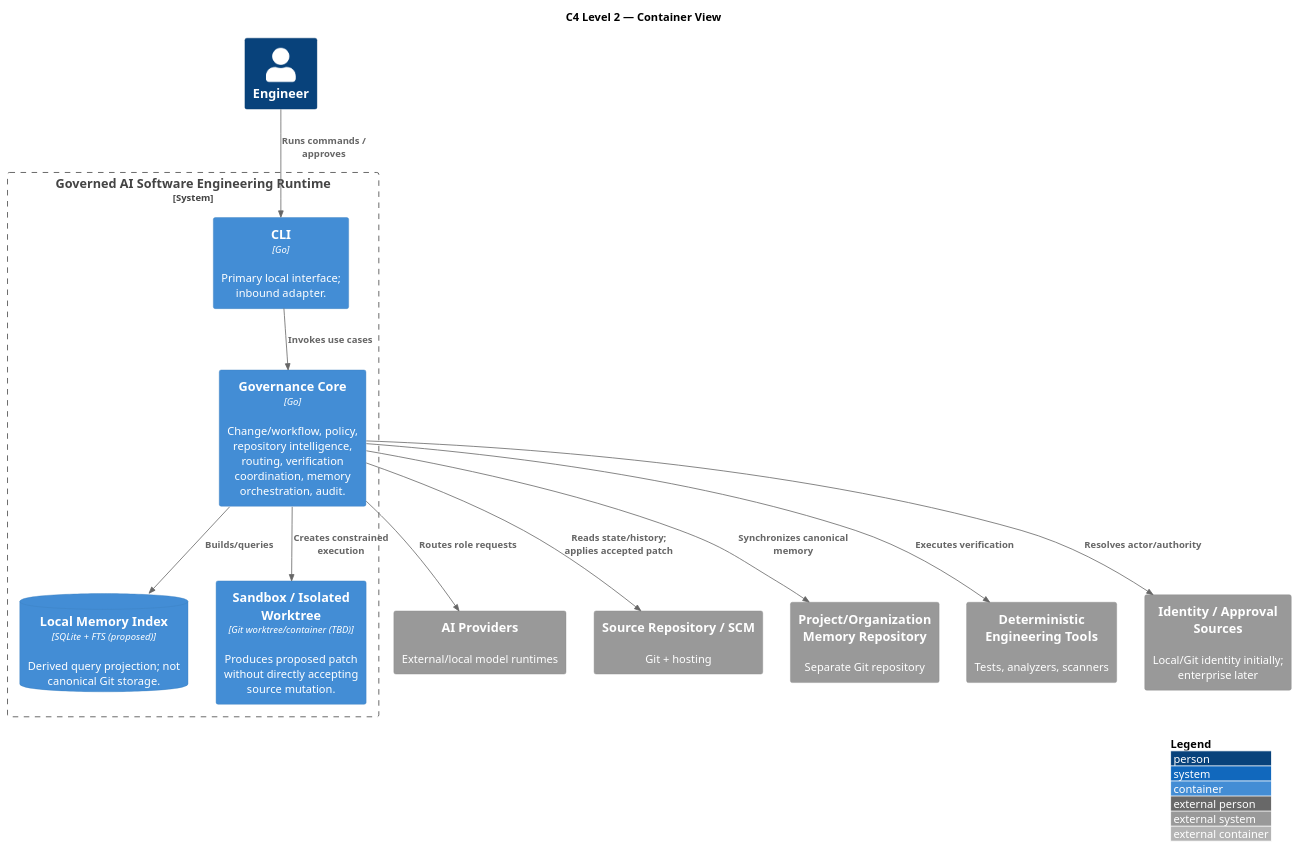
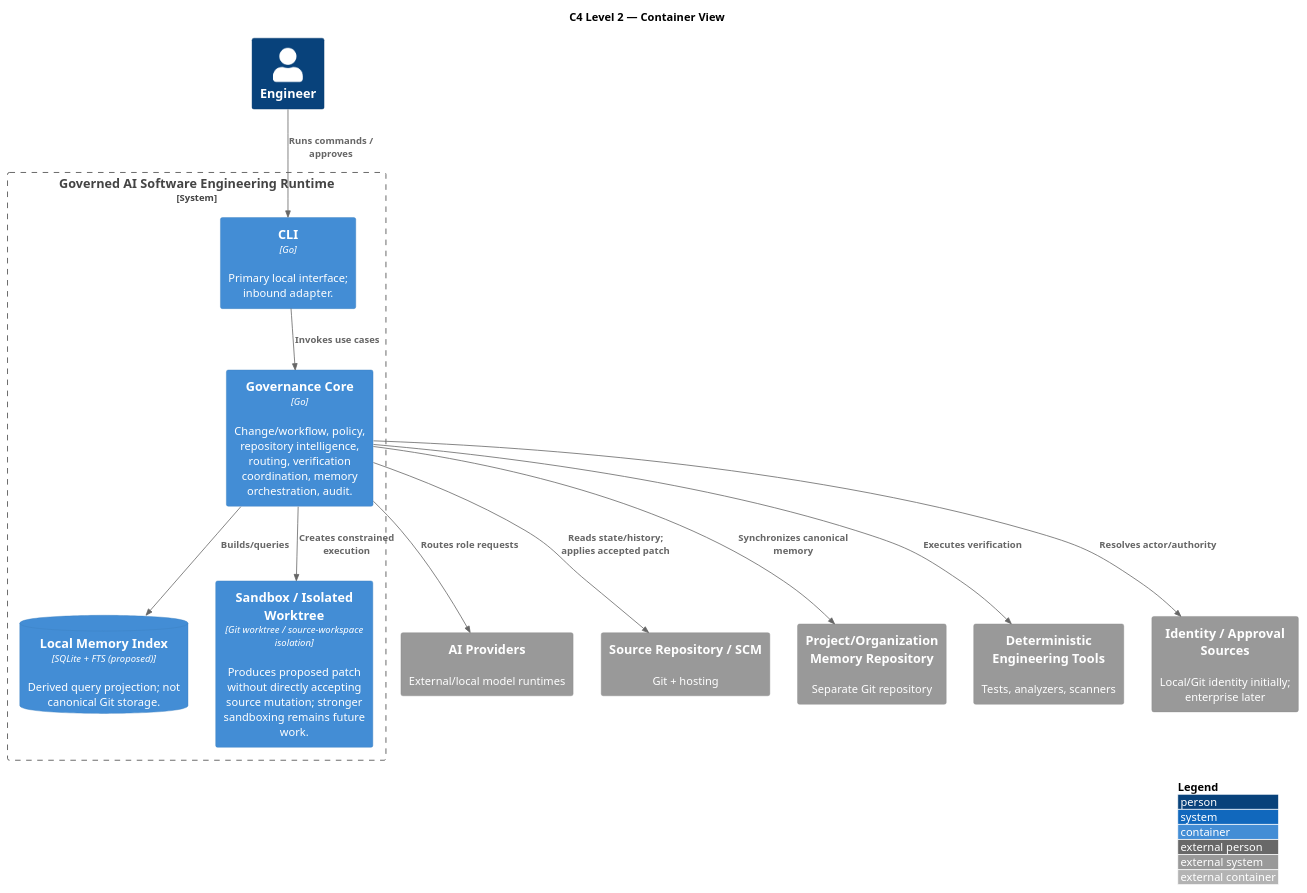
Before and after one commit to Eu-Pedro0ficial/praetor: the diagram in docs/architecture/src/docs/arc42/diagrams/c4-container.puml, drawn with PlantUML. The commit also changed 23 other files, not shown here.

Commit message:
docs: establish Praetor architecture and delivery baseline

```diff
--- a/docs/architecture/src/docs/arc42/diagrams/c4-container.puml
+++ b/docs/architecture/src/docs/arc42/diagrams/c4-container.puml
@@ -1,26 +1,26 @@
 @startuml
 !include <C4/C4_Container>
 LAYOUT_WITH_LEGEND()
 title C4 Level 2 — Container View
 Person(engineer, "Engineer")
 System_Boundary(system, "Governed AI Software Engineering Runtime") {
   Container(cli, "CLI", "Go", "Primary local interface; inbound adapter.")
   Container(core, "Governance Core", "Go", "Change/workflow, policy, repository intelligence, routing, verification coordination, memory orchestration, audit.")
   ContainerDb(index, "Local Memory Index", "SQLite + FTS (proposed)", "Derived query projection; not canonical Git storage.")
-  Container(sandbox, "Sandbox / Isolated Worktree", "Git worktree/container (TBD)", "Produces proposed patch without directly accepting source mutation.")
+  Container(sandbox, "Sandbox / Isolated Worktree", "Git worktree / source-workspace isolation", "Produces proposed patch without directly accepting source mutation; stronger sandboxing remains future work.")
 }
 System_Ext(ai, "AI Providers", "External/local model runtimes")
 System_Ext(src, "Source Repository / SCM", "Git + hosting")
 System_Ext(mem, "Project/Organization Memory Repository", "Separate Git repository")
 System_Ext(tools, "Deterministic Engineering Tools", "Tests, analyzers, scanners")
 System_Ext(idp, "Identity / Approval Sources", "Local/Git identity initially; enterprise later")
 Rel(engineer, cli, "Runs commands / approves")
 Rel(cli, core, "Invokes use cases")
 Rel(core, index, "Builds/queries")
 Rel(core, sandbox, "Creates constrained execution")
 Rel(core, ai, "Routes role requests")
 Rel(core, src, "Reads state/history; applies accepted patch")
 Rel(core, mem, "Synchronizes canonical memory")
 Rel(core, tools, "Executes verification")
 Rel(core, idp, "Resolves actor/authority")
 @enduml
```
